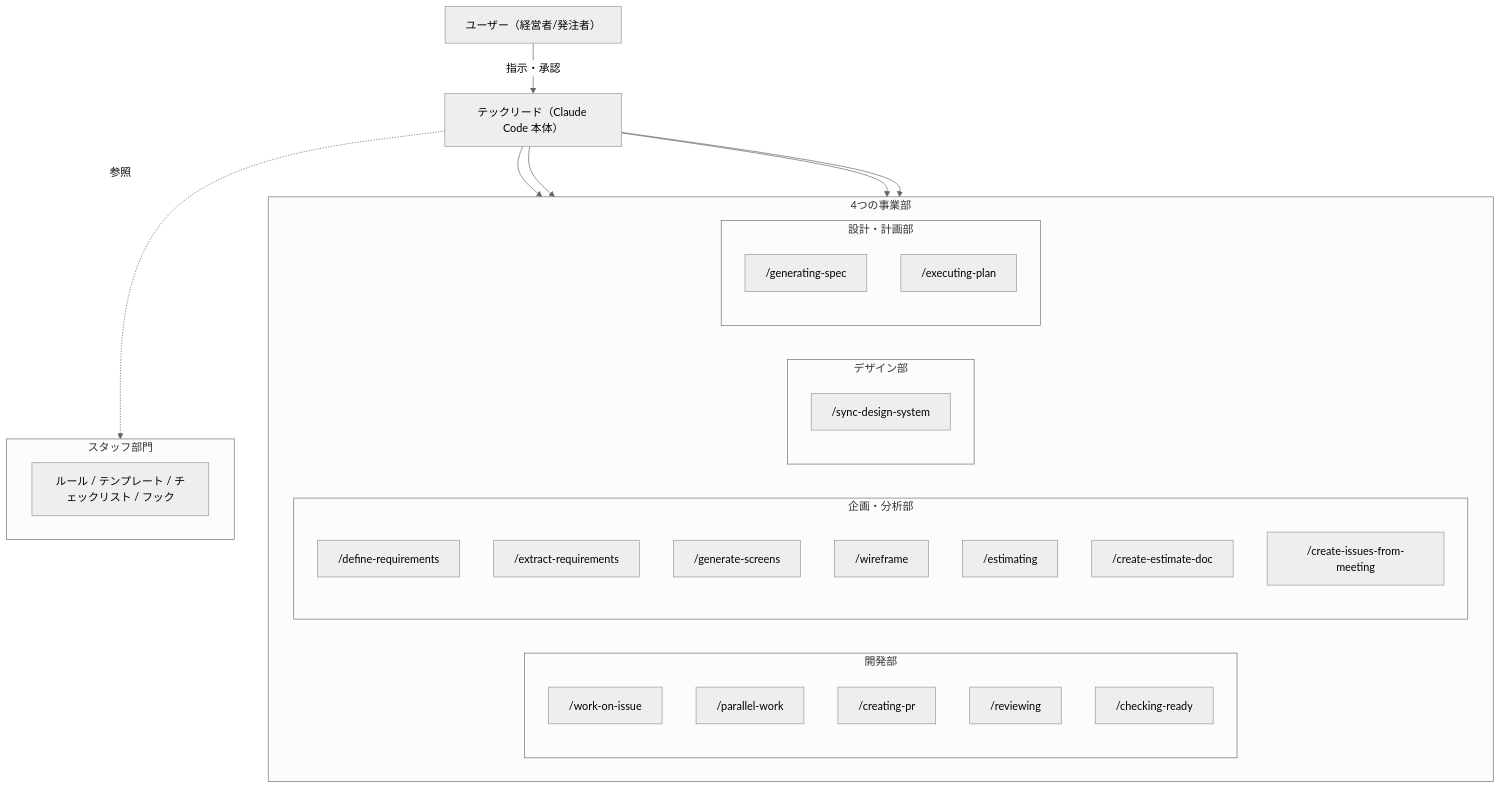
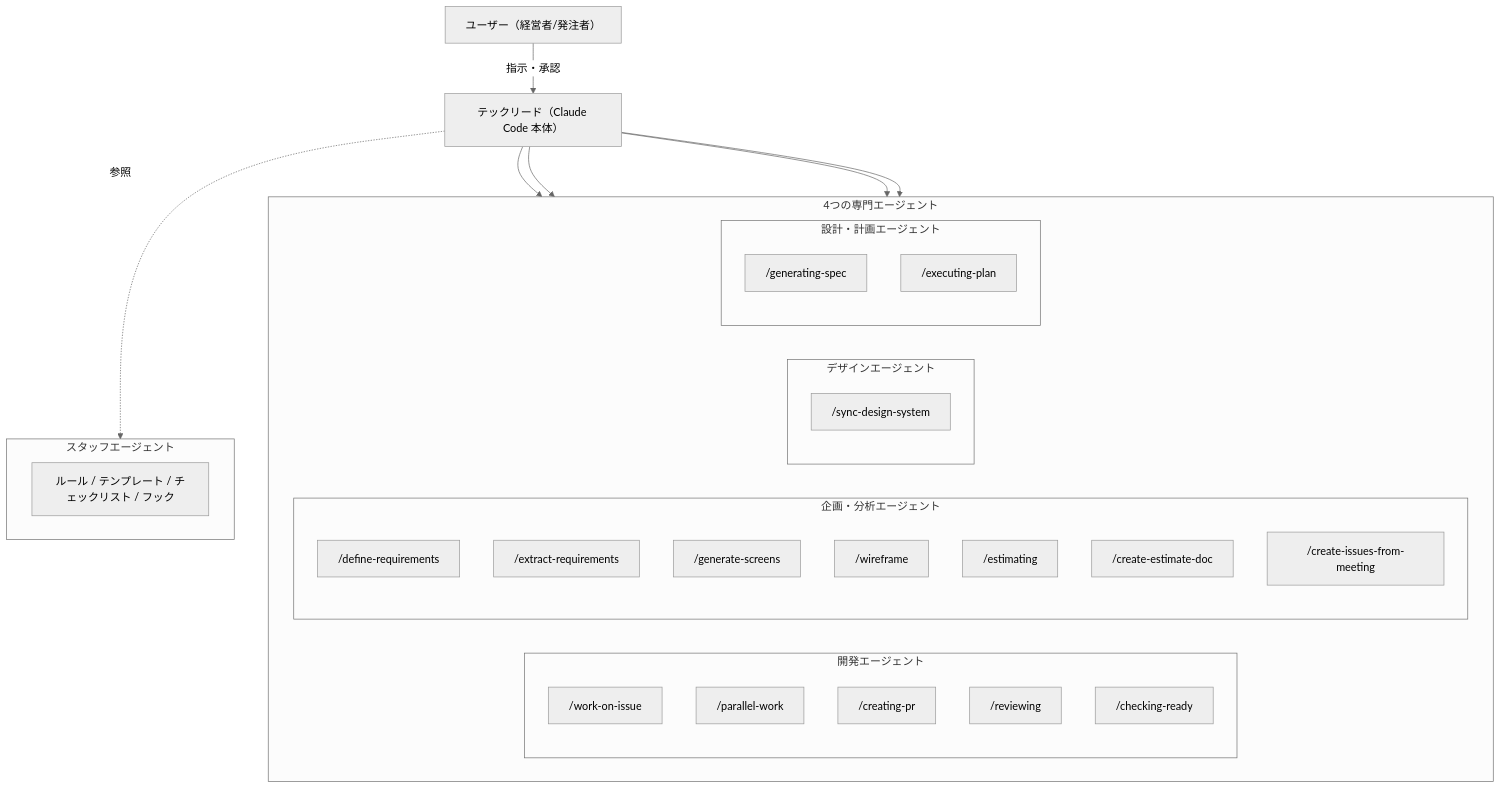
One commit to RyotaSakai-X1/ai-concierge changed the diagram in README.md. Above: the diagram before and after it, drawn with Mermaid (neutral theme). The commit also changed other lines of this file, not shown here.

Commit message:
アーキテクチャ図の部門名をエージェントに変更、見出しをエージェント組織図に変更

````diff
--- a/README.md
+++ b/README.md
@@ -27,49 +27,49 @@
 ```mermaid
 graph TD
     User["ユーザー（経営者/発注者）"]
     TL["テックリード（Claude Code 本体）"]
 
     User -->|指示・承認| TL
 
-    subgraph "4つの事業部"
+    subgraph "4つの専門エージェント"
         direction LR
 
-        subgraph Coding["開発部"]
+        subgraph Coding["開発エージェント"]
             C1["/work-on-issue"]
             C2["/parallel-work"]
             C3["/creating-pr"]
             C4["/reviewing"]
             C5["/checking-ready"]
         end
 
-        subgraph Analysis["企画・分析部"]
+        subgraph Analysis["企画・分析エージェント"]
             A1["/define-requirements"]
             A2["/extract-requirements"]
             A3["/generate-screens"]
             A4["/wireframe"]
             A5["/estimating"]
             A6["/create-estimate-doc"]
             A7["/create-issues-from-meeting"]
         end
 
-        subgraph Design["デザイン部"]
+        subgraph Design["デザインエージェント"]
             D1["/sync-design-system"]
         end
 
-        subgraph Planning["設計・計画部"]
+        subgraph Planning["設計・計画エージェント"]
             P1["/generating-spec"]
             P2["/executing-plan"]
         end
     end
 
     TL --> Coding
     TL --> Analysis
     TL --> Design
     TL --> Planning
 
-    subgraph Support["スタッフ部門"]
+    subgraph Support["スタッフエージェント"]
         S1["ルール / テンプレート / チェックリスト / フック"]
     end
 
     TL -.->|参照| Support
 ```
````
